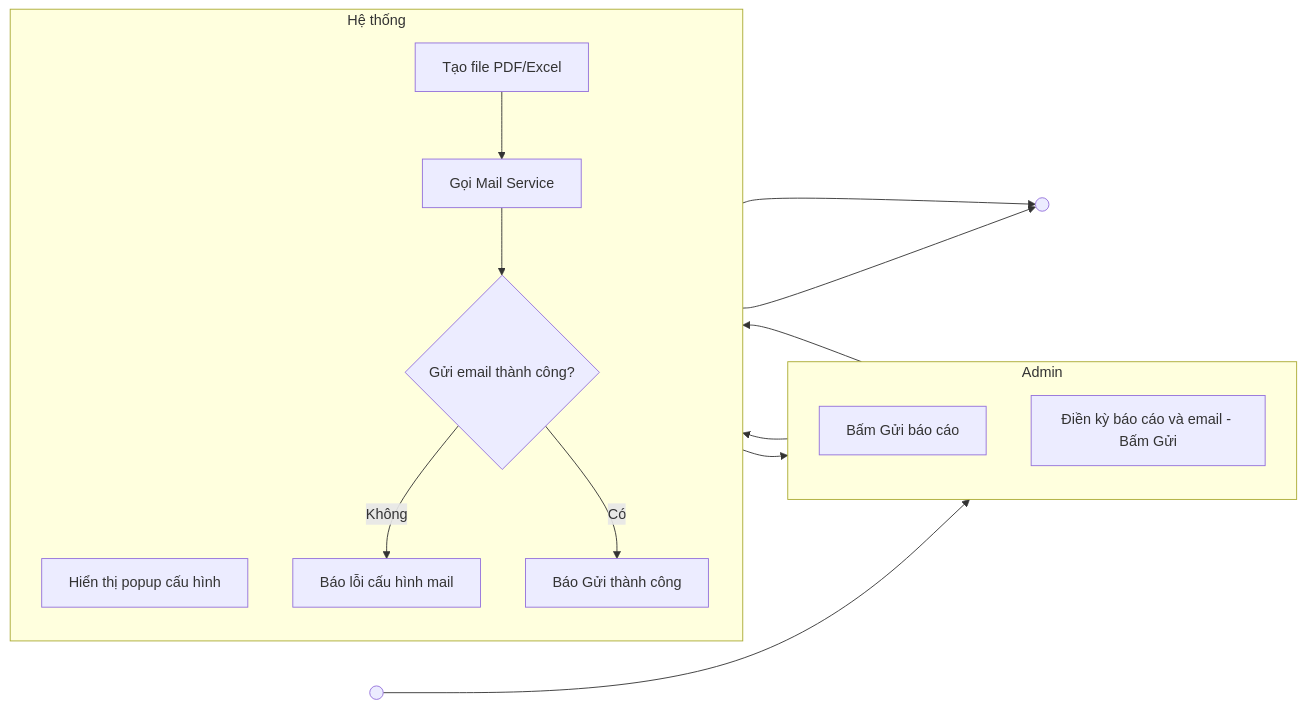
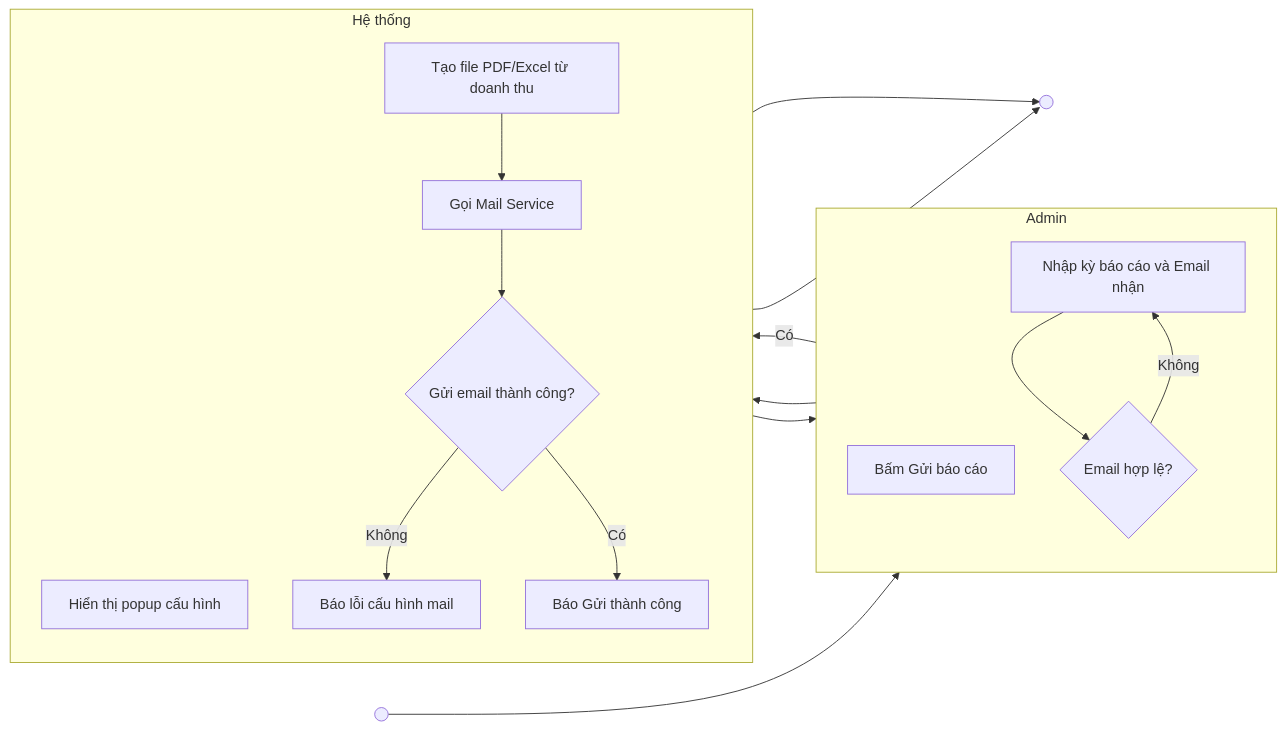
Before and after one commit to ngogiaquyen/acw-srs: the eighth of 18 diagrams in documents/activity-diagrams.md, drawn with Mermaid. The commit also changed other lines of this file and 23 other files, not shown here.

````diff
--- a/documents/activity-diagrams.md
+++ b/documents/activity-diagrams.md
@@ -182,20 +186,23 @@
 ```mermaid
 flowchart LR
   subgraph ND["Admin"]
     direction TB
-    a1[Bấm Gửi báo cáo]
-    a2[Điền kỳ báo cáo và email - Bấm Gửi]
+    a1["Bấm Gửi báo cáo"]
+    a2["Nhập kỳ báo cáo và Email nhận"]
+    a3{"Email hợp lệ?"}
   end
   subgraph HT["Hệ thống"]
     direction TB
-    b1[Hiển thị popup cấu hình]
-    b2[Tạo file PDF/Excel]
-    b3[Gọi Mail Service]
-    b4{Gửi email thành công?}
-    b5[Báo lỗi cấu hình mail]
-    b6[Báo Gửi thành công]
+    b1["Hiển thị popup cấu hình"]
+    b2["Tạo file PDF/Excel từ doanh thu"]
+    b3["Gọi Mail Service"]
+    b4{"Gửi email thành công?"}
+    b5["Báo lỗi cấu hình mail"]
+    b6["Báo Gửi thành công"]
   end
-  S(( )) --> a1 --> b1 --> a2 --> b2 --> b3 --> b4
-  b4 -->|Không| b5 --> E(( ))
-  b4 -->|Có| b6 --> E
+  S(( )) --> a1 --> b1 --> a2 --> a3
+  a3 -->|"Không"| a2
+  a3 -->|"Có"| b2 --> b3 --> b4
+  b4 -->|"Không"| b5 --> E(( ))
+  b4 -->|"Có"| b6 --> E
 ```
````
